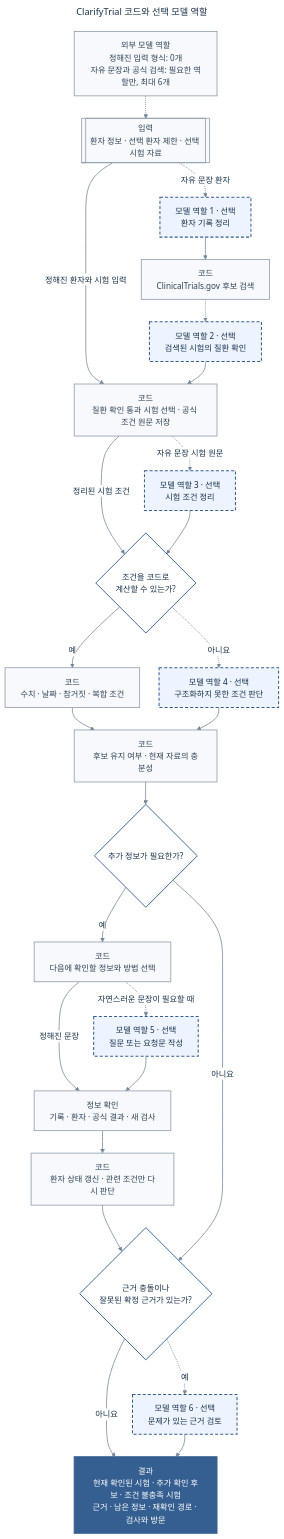
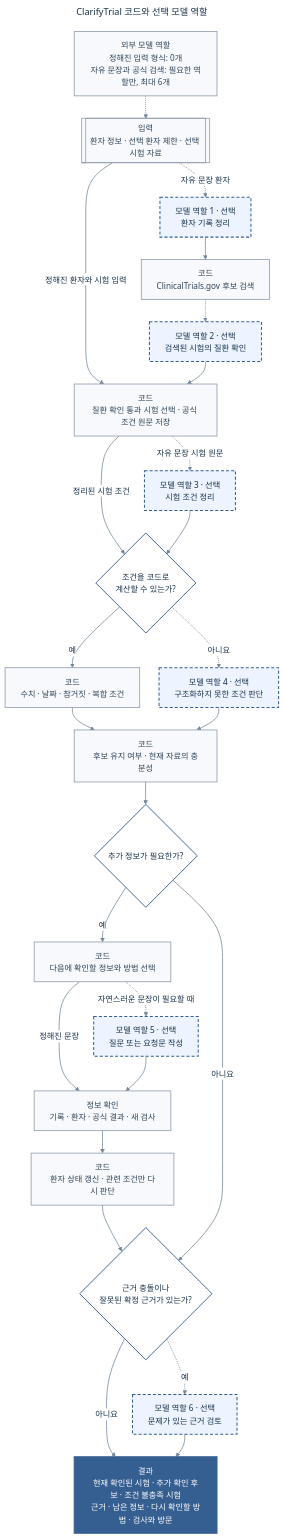
The diagram in docs/internal/diagrams/clarifytrial-performance-agent-architecture.mmd (health-agent/Clarifytrial), drawn with Mermaid before and after one commit. The commit also changed 132 other files, not shown here.

```diff
--- a/docs/internal/diagrams/clarifytrial-performance-agent-architecture.mmd
+++ b/docs/internal/diagrams/clarifytrial-performance-agent-architecture.mmd
@@ -1,77 +1,77 @@
 ---
 title: ClarifyTrial 코드와 선택 모델 역할
 config:
   theme: base
   flowchart:
     curve: basis
     nodeSpacing: 38
     rankSpacing: 44
     wrappingWidth: 220
   themeVariables:
     background: '#ffffff'
     primaryTextColor: '#18324a'
     lineColor: '#73869a'
     edgeLabelBackground: '#ffffff'
     fontFamily: 'Pretendard, Noto Sans KR, Malgun Gothic, sans-serif'
 ---
 flowchart TB
     N["외부 모델 역할<br/>정해진 입력 형식: 0개<br/>자유 문장과 공식 검색: 필요한 역할만, 최대 6개"]
     I[["입력<br/>환자 정보 · 선택 환자 제한 · 선택 시험 자료"]]
 
     P1["모델 역할 1 · 선택<br/>환자 기록 정리"]
     S1["코드<br/>ClinicalTrials.gov 후보 검색"]
     P2["모델 역할 2 · 선택<br/>검색된 시험의 질환 확인"]
     S2["코드<br/>질환 확인 통과 시험 선택 · 공식 조건 원문 저장"]
     P3["모델 역할 3 · 선택<br/>시험 조건 정리"]
 
     D{"조건을 코드로<br/>계산할 수 있는가?"}
     J1["코드<br/>수치 · 날짜 · 참거짓 · 복합 조건"]
     J2["모델 역할 4 · 선택<br/>구조화하지 못한 조건 판단"]
     A["코드<br/>후보 유지 여부 · 현재 자료의 충분성"]
 
     U{"추가 정보가 필요한가?"}
     C["코드<br/>다음에 확인할 정보와 방법 선택"]
     Q["모델 역할 5 · 선택<br/>질문 또는 요청문 작성"]
     E["정보 확인<br/>기록 · 환자 · 공식 결과 · 새 검사"]
     L["코드<br/>환자 상태 갱신 · 관련 조건만 다시 판단"]
 
     R{"근거 충돌이나<br/>잘못된 확정 근거가 있는가?"}
     V["모델 역할 6 · 선택<br/>문제가 있는 근거 검토"]
-    O["결과<br/>현재 확인된 시험 · 추가 확인 후보 · 조건 불충족 시험<br/>근거 · 남은 정보 · 재확인 경로 · 검사와 방문"]
+    O["결과<br/>현재 확인된 시험 · 추가 확인 후보 · 조건 불충족 시험<br/>근거 · 남은 정보 · 다시 확인할 방법 · 검사와 방문"]
 
     N -.-> I
     I -->|정해진 환자와 시험 입력| S2
     I -.->|자유 문장 환자| P1
     P1 --> S1
     S1 -.-> P2
     P2 --> S2
     S2 -->|정리된 시험 조건| D
     S2 -.->|자유 문장 시험 원문| P3
     P3 --> D
 
     D -->|예| J1
     D -.->|아니요| J2
     J1 --> A
     J2 --> A
     A --> U
     U -->|예| C
     C -.->|자연스러운 문장이 필요할 때| Q
     C -->|정해진 문장| E
     Q --> E
     E --> L
     L --> R
     U -->|아니요| R
     R -.->|예| V
     R -->|아니요| O
     V --> O
 
     classDef model fill:#edf4ff,stroke:#365f91,stroke-width:2px,stroke-dasharray:6 4,color:#18324a;
     classDef code fill:#f7f9fc,stroke:#8a98a8,stroke-width:1.5px,color:#304457;
     classDef decision fill:#ffffff,stroke:#365f91,stroke-width:1.8px,color:#18324a;
     classDef output fill:#365f91,stroke:#365f91,stroke-width:2px,color:#ffffff;
 
     class P1,P2,P3,J2,Q,V model;
     class N,I,S1,S2,J1,A,C,E,L code;
     class D,U,R decision;
     class O output;
     linkStyle default stroke:#73869a,stroke-width:1.5px;
```
